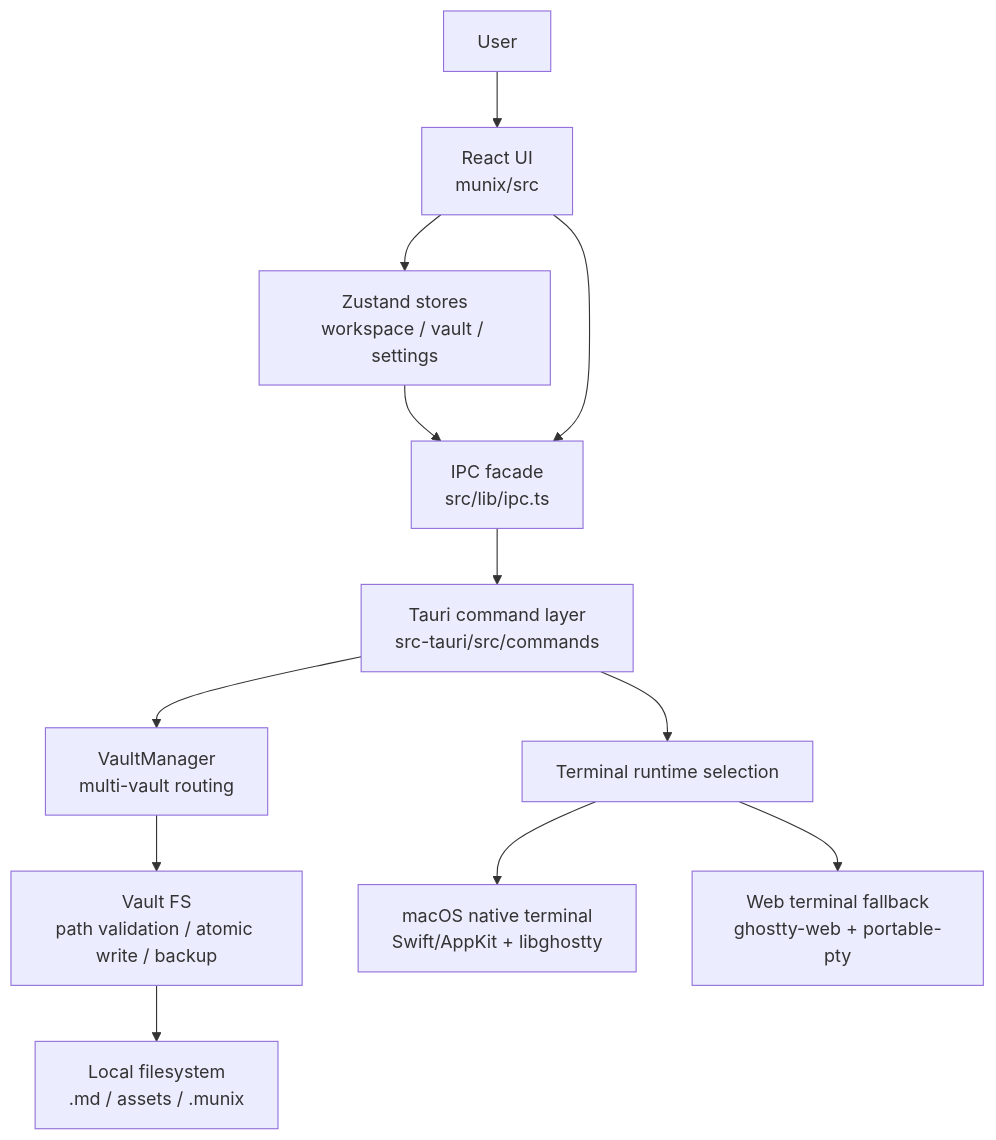
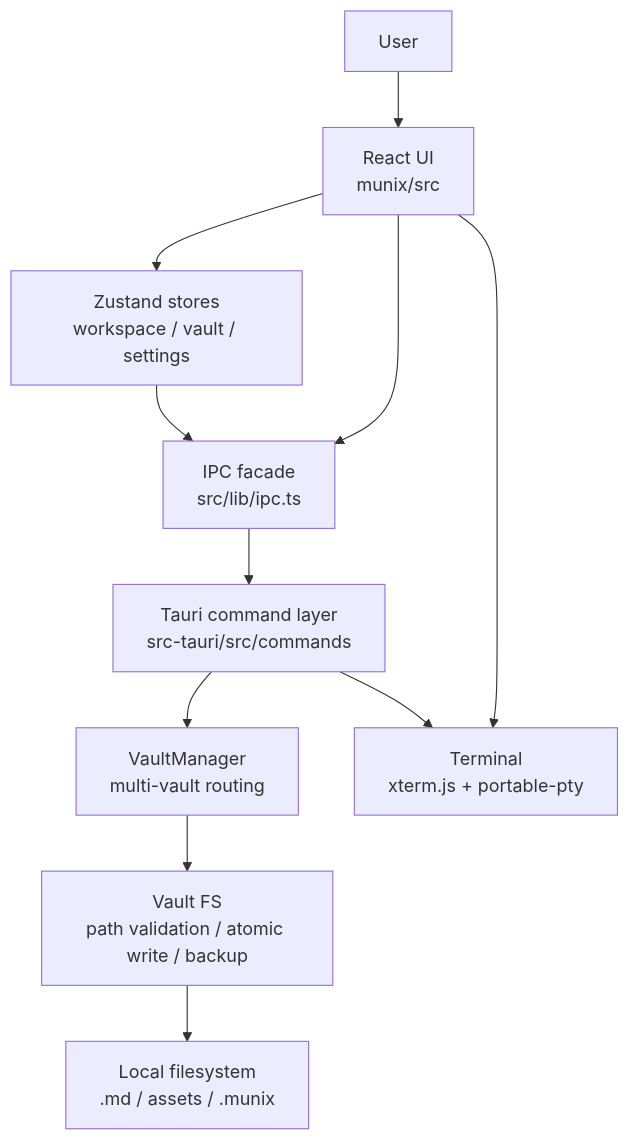
The first of 6 diagrams in docs/app-runtime-architecture.md (ByeongGi/munix), drawn with Mermaid before and after one commit. The commit also changed other lines of this file and 28 other files, not shown here.

Commit message:
refactor(terminal): switch to xterm runtime

````diff
--- a/docs/app-runtime-architecture.md
+++ b/docs/app-runtime-architecture.md
@@ -10,26 +10,23 @@
 ```mermaid
 flowchart TB
   User["User"]
   React["React UI<br/>munix/src"]
   Store["Zustand stores<br/>workspace / vault / settings"]
   Ipc["IPC facade<br/>src/lib/ipc.ts"]
   Rust["Tauri command layer<br/>src-tauri/src/commands"]
   VaultManager["VaultManager<br/>multi-vault routing"]
   VaultFs["Vault FS<br/>path validation / atomic write / backup"]
-  TerminalRouter["Terminal runtime selection"]
-  MacNative["macOS native terminal<br/>Swift/AppKit + libghostty"]
-  WebFallback["Web terminal fallback<br/>ghostty-web + portable-pty"]
+  Terminal["Terminal<br/>xterm.js + portable-pty"]
   Disk["Local filesystem<br/>.md / assets / .munix"]
 
   User --> React
   React --> Store
   Store --> Ipc
   React --> Ipc
   Ipc --> Rust
   Rust --> VaultManager
   VaultManager --> VaultFs
   VaultFs --> Disk
-  Rust --> TerminalRouter
-  TerminalRouter --> MacNative
-  TerminalRouter --> WebFallback
+  React --> Terminal
+  Rust --> Terminal
 ```
````
